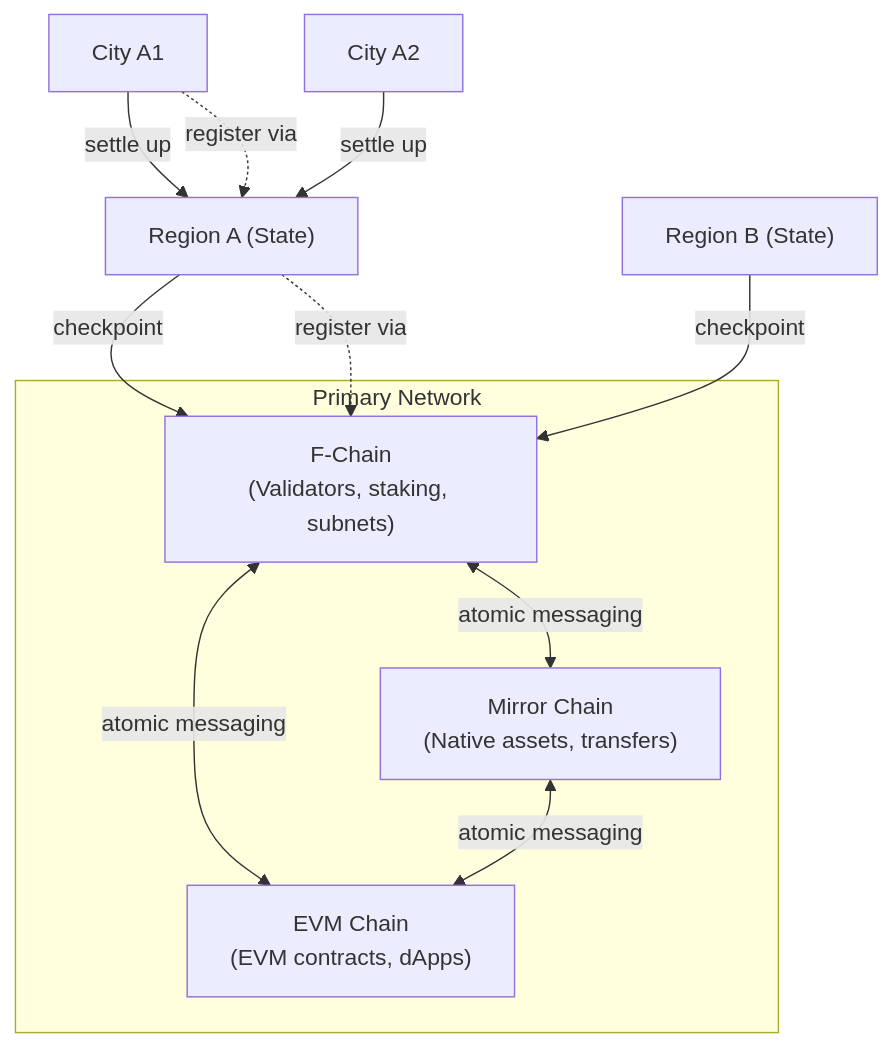
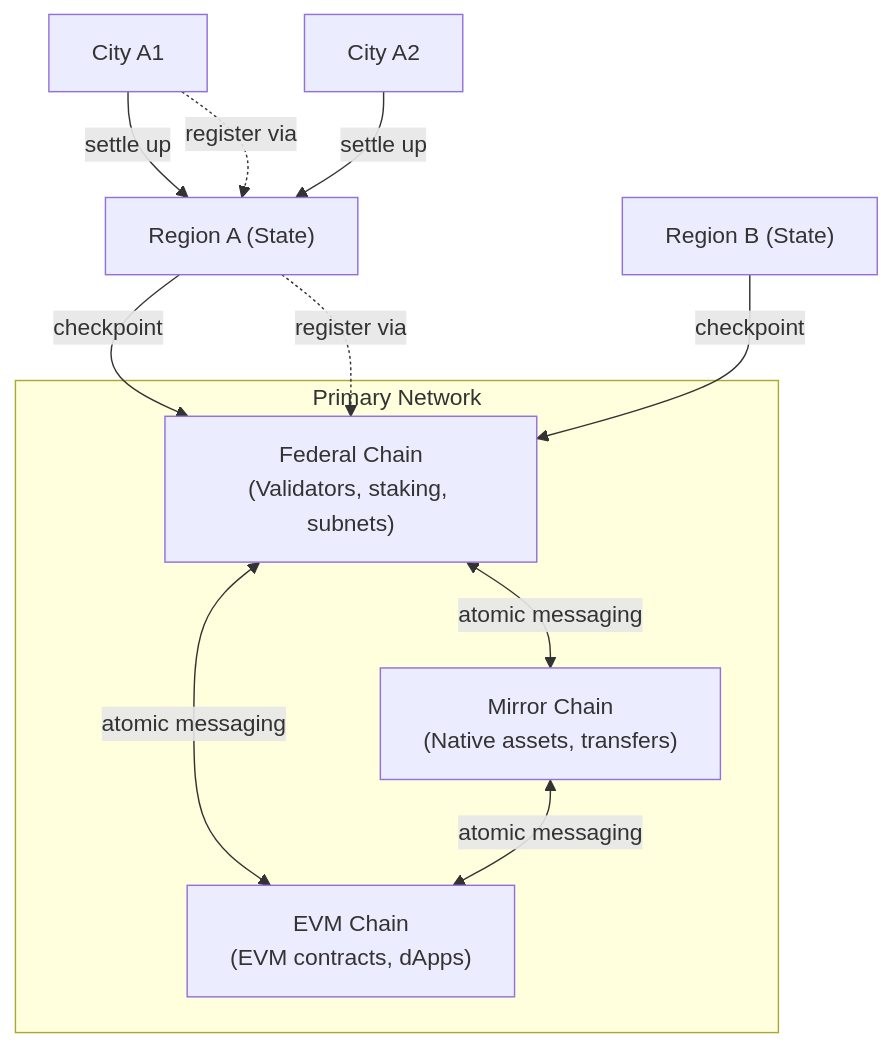
The second of 4 diagrams in whitepaper.md (cryft-labs/cryftnet-whitepaper), drawn with Mermaid before and after one commit. The commit also changed other lines of this file and 6 other files, not shown here.

Commit message:
fix(whitepaper): Update chain names to Federal Chain, Mirror Chain, and EVM Chain; fix related descriptions and encoding issues

````diff
--- a/whitepaper.md
+++ b/whitepaper.md
@@ -383,21 +383,21 @@
 ```mermaid
 flowchart TB
   subgraph Primary["Primary Network"]
-    PChain["F-Chain<br>(Validators, staking, subnets)"]
+    PChain["Federal Chain<br>(Validators, staking, subnets)"]
     XChain["Mirror Chain<br>(Native assets, transfers)"]
     MChain["EVM Chain<br>(EVM contracts, dApps)"]
     PChain <-->|atomic messaging| MChain
     PChain <-->|atomic messaging| XChain
     XChain <-->|atomic messaging| MChain
   end
   RegionA["Region A (State)"]
   RegionB["Region B (State)"]
   CityA1["City A1"]
   CityA2["City A2"]
   RegionA -->|checkpoint| PChain
   RegionB -->|checkpoint| PChain
   CityA1 -->|settle up| RegionA
   CityA2 -->|settle up| RegionA
   RegionA -.->|register via| PChain
   CityA1 -.->|register via| RegionA
 ```
````
